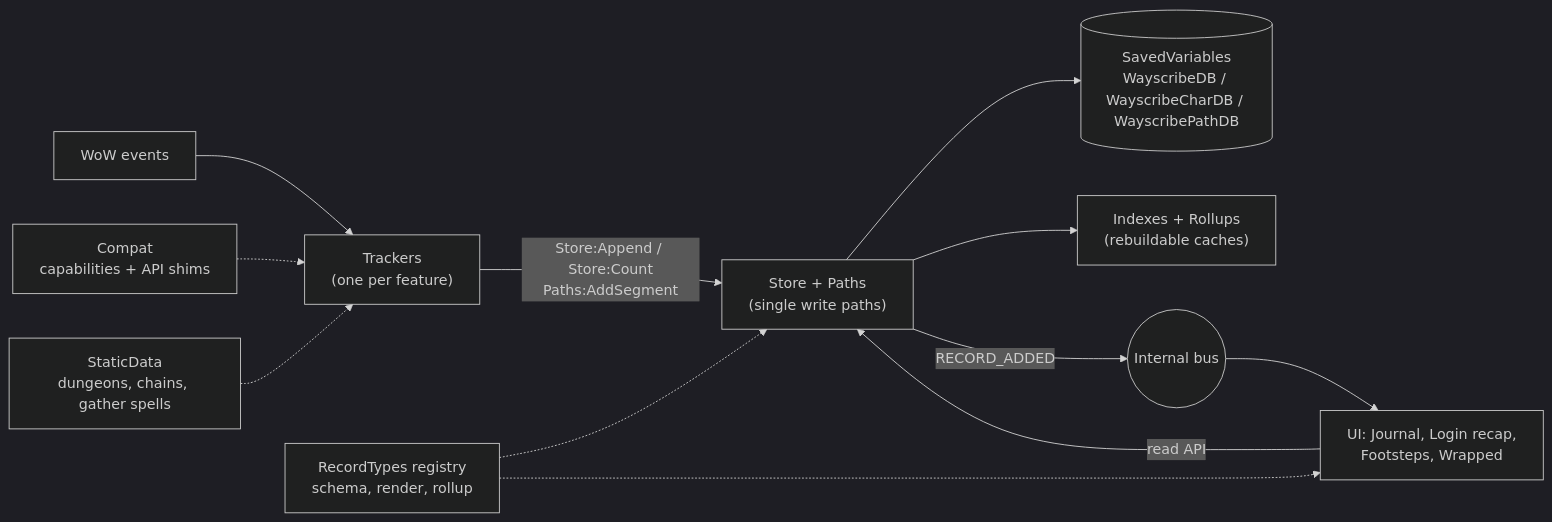
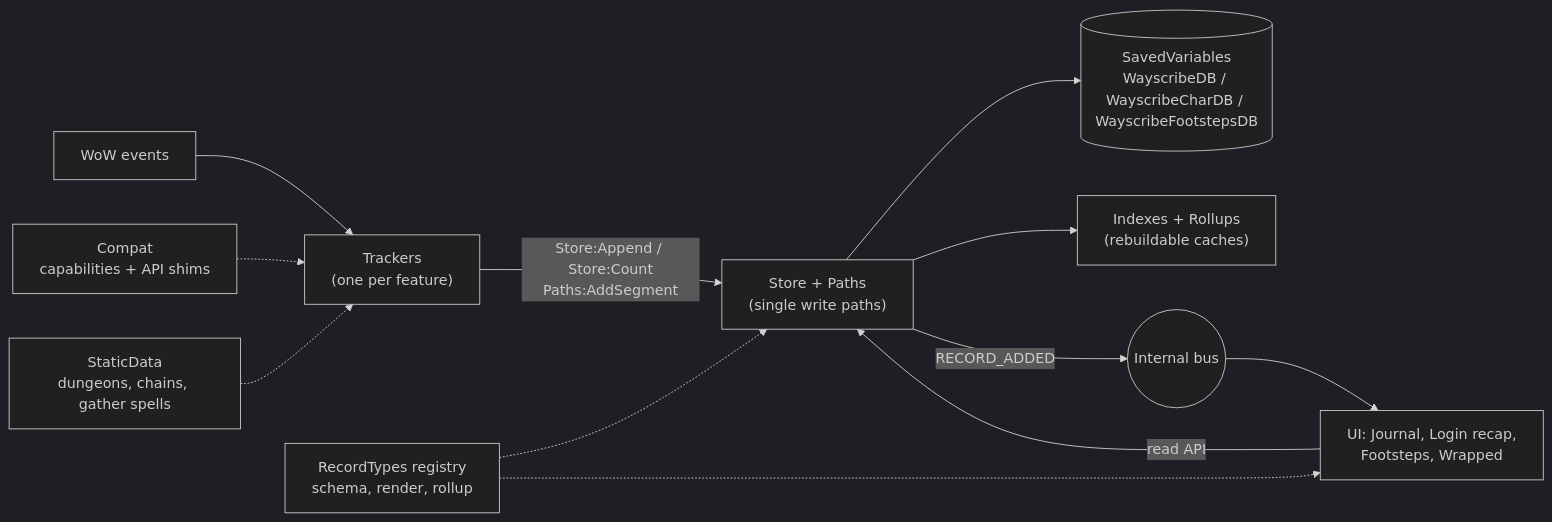
The diagram in docs/ARCHITECTURE.md (ollidiemaus/wayscribe), drawn with Mermaid (dark theme) before and after one commit. The commit also changed other lines of this file and 6 other files, not shown here.

First line of the commit message:
Rename WayscribePathDB to WayscribeFootstepsDB

````diff
--- a/docs/ARCHITECTURE.md
+++ b/docs/ARCHITECTURE.md
@@ -51,14 +51,14 @@
 ```mermaid
 flowchart LR
     WoW["WoW events"] --> T["Trackers<br/>(one per feature)"]
     C["Compat<br/>capabilities + API shims"] -.-> T
     SD["StaticData<br/>dungeons, chains, gather spells"] -.-> T
     T -->|"Store:Append / Store:Count<br/>Paths:AddSegment"| S["Store + Paths<br/>(single write paths)"]
-    S --> DB[("SavedVariables<br/>WayscribeDB / WayscribeCharDB / WayscribePathDB")]
+    S --> DB[("SavedVariables<br/>WayscribeDB / WayscribeCharDB / WayscribeFootstepsDB")]
     S --> IX["Indexes + Rollups<br/>(rebuildable caches)"]
     S -->|"RECORD_ADDED"| BUS(("Internal bus"))
     BUS --> UI["UI: Journal, Login recap,<br/>Footsteps, Wrapped"]
     UI -->|"read API"| S
     RT["RecordTypes registry<br/>schema, render, rollup"] -.-> S
     RT -.-> UI
 ```
````
